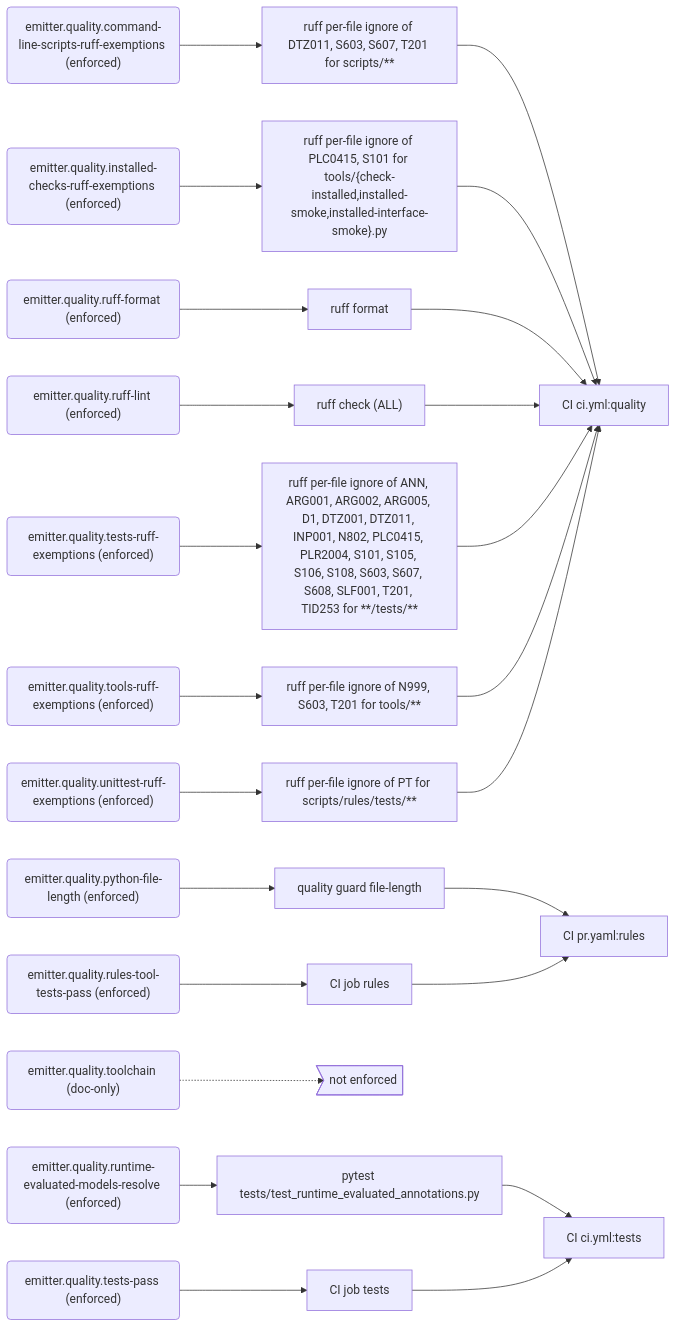
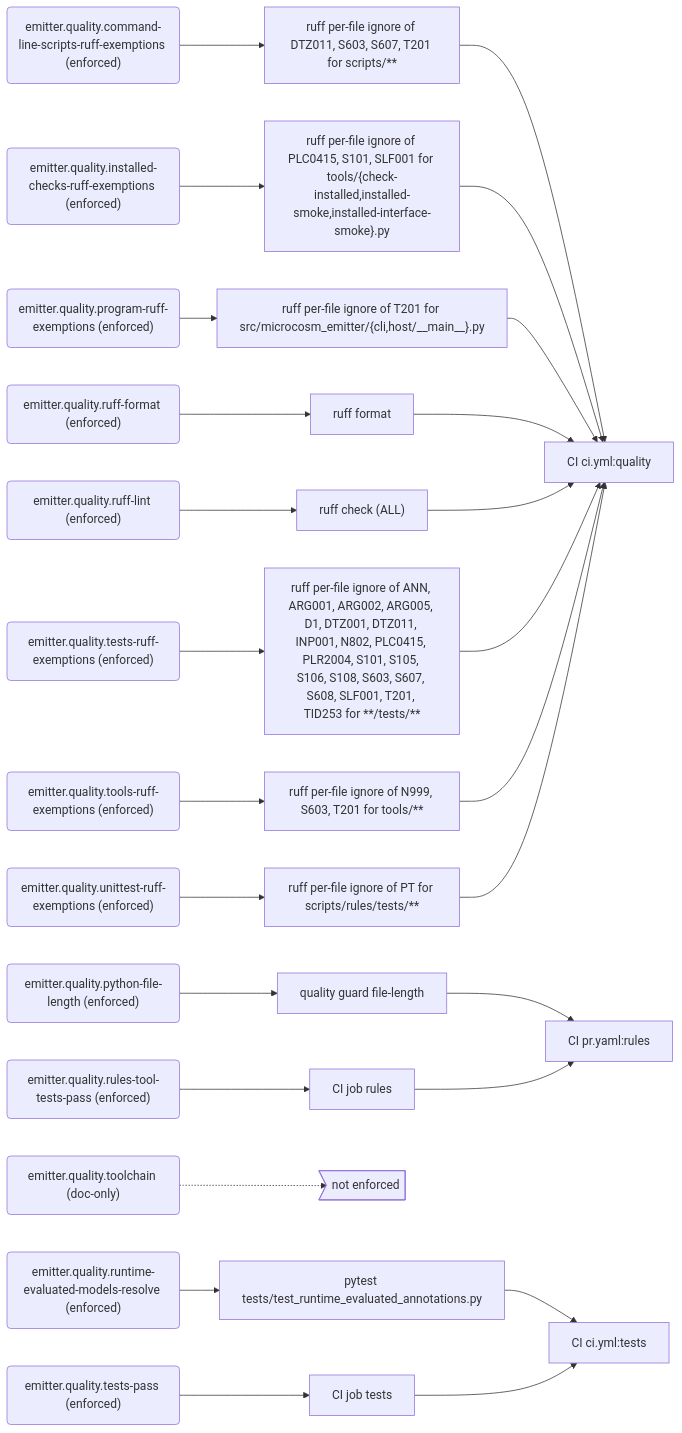
One commit to PolicyEngine/local-services changed the sixth of 9 diagrams in docs/generated/rules.md. Above: the diagram before and after it, drawn with Mermaid. The commit also changed other lines of this file and 39 other files, not shown here.

````diff
--- a/docs/generated/rules.md
+++ b/docs/generated/rules.md
@@ -251,53 +252,57 @@
 ```mermaid
 flowchart LR
   r_emitter_quality_command_line_scripts_ruff_exemptions("emitter.quality.command-line-scripts-ruff-exemptions (enforced)")
   e_ruff_per_file_ignore_of_DTZ011__S603__S607__T201_for_scripts___["ruff per-file ignore of DTZ011, S603, S607, T201 for scripts/**"]
   j_CI_ci_yml_quality["CI ci.yml:quality"]
   r_emitter_quality_installed_checks_ruff_exemptions("emitter.quality.installed-checks-ruff-exemptions (enforced)")
-  e_ruff_per_file_ignore_of_PLC0415__S101_for_tools__check_installed_installed_smoke_installed_interface_smoke__py["ruff per-file ignore of PLC0415, S101 for tools/{check-installed,installed-smoke,installed-interface-smoke}.py"]
+  e_ruff_per_file_ignore_of_PLC0415__S101__SLF001_for_tools__check_installed_installed_smoke_installed_interface_smoke__py["ruff per-file ignore of PLC0415, S101, SLF001 for tools/{check-installed,installed-smoke,installed-interface-smoke}.py"]
+  r_emitter_quality_program_ruff_exemptions("emitter.quality.program-ruff-exemptions (enforced)")
+  e_ruff_per_file_ignore_of_T201_for_src_microcosm_emitter__cli_host___main____py["ruff per-file ignore of T201 for src/microcosm_emitter/{cli,host/__main__}.py"]
   r_emitter_quality_python_file_length("emitter.quality.python-file-length (enforced)")
   e_quality_guard_file_length["quality guard file-length"]
   j_CI_pr_yaml_rules["CI pr.yaml:rules"]
   r_emitter_quality_ruff_format("emitter.quality.ruff-format (enforced)")
   e_ruff_format["ruff format"]
   r_emitter_quality_ruff_lint("emitter.quality.ruff-lint (enforced)")
   e_ruff_check__ALL_["ruff check (ALL)"]
   r_emitter_quality_rules_tool_tests_pass("emitter.quality.rules-tool-tests-pass (enforced)")
   e_CI_job_rules["CI job rules"]
   r_emitter_quality_runtime_evaluated_models_resolve("emitter.quality.runtime-evaluated-models-resolve (enforced)")
   e_pytest_tests_test_runtime_evaluated_annotations_py["pytest tests/test_runtime_evaluated_annotations.py"]
   j_CI_ci_yml_tests["CI ci.yml:tests"]
   r_emitter_quality_tests_pass("emitter.quality.tests-pass (enforced)")
   e_CI_job_tests["CI job tests"]
   r_emitter_quality_tests_ruff_exemptions("emitter.quality.tests-ruff-exemptions (enforced)")
   e_ruff_per_file_ignore_of_ANN__ARG001__ARG002__ARG005__D1__DTZ001__DTZ011__INP001__N802__PLC0415__PLR2004__S101__S105__S106__S108__S603__S607__S608__SLF001__T201__TID253_for____tests___["ruff per-file ignore of ANN, ARG001, ARG002, ARG005, D1, DTZ001, DTZ011, INP001, N802, PLC0415, PLR2004, S101, S105, S106, S108, S603, S607, S608, SLF001, T201, TID253 for **/tests/**"]
   r_emitter_quality_toolchain("emitter.quality.toolchain (doc-only)")
   gap_unenforced>"not enforced"]
   r_emitter_quality_tools_ruff_exemptions("emitter.quality.tools-ruff-exemptions (enforced)")
   e_ruff_per_file_ignore_of_N999__S603__T201_for_tools___["ruff per-file ignore of N999, S603, T201 for tools/**"]
   r_emitter_quality_unittest_ruff_exemptions("emitter.quality.unittest-ruff-exemptions (enforced)")
   e_ruff_per_file_ignore_of_PT_for_scripts_rules_tests___["ruff per-file ignore of PT for scripts/rules/tests/**"]
   r_emitter_quality_command_line_scripts_ruff_exemptions --> e_ruff_per_file_ignore_of_DTZ011__S603__S607__T201_for_scripts___
   e_ruff_per_file_ignore_of_DTZ011__S603__S607__T201_for_scripts___ --> j_CI_ci_yml_quality
-  r_emitter_quality_installed_checks_ruff_exemptions --> e_ruff_per_file_ignore_of_PLC0415__S101_for_tools__check_installed_installed_smoke_installed_interface_smoke__py
-  e_ruff_per_file_ignore_of_PLC0415__S101_for_tools__check_installed_installed_smoke_installed_interface_smoke__py --> j_CI_ci_yml_quality
+  r_emitter_quality_installed_checks_ruff_exemptions --> e_ruff_per_file_ignore_of_PLC0415__S101__SLF001_for_tools__check_installed_installed_smoke_installed_interface_smoke__py
+  e_ruff_per_file_ignore_of_PLC0415__S101__SLF001_for_tools__check_installed_installed_smoke_installed_interface_smoke__py --> j_CI_ci_yml_quality
+  r_emitter_quality_program_ruff_exemptions --> e_ruff_per_file_ignore_of_T201_for_src_microcosm_emitter__cli_host___main____py
+  e_ruff_per_file_ignore_of_T201_for_src_microcosm_emitter__cli_host___main____py --> j_CI_ci_yml_quality
   r_emitter_quality_python_file_length --> e_quality_guard_file_length
   e_quality_guard_file_length --> j_CI_pr_yaml_rules
   r_emitter_quality_ruff_format --> e_ruff_format
   e_ruff_format --> j_CI_ci_yml_quality
   r_emitter_quality_ruff_lint --> e_ruff_check__ALL_
   e_ruff_check__ALL_ --> j_CI_ci_yml_quality
   r_emitter_quality_rules_tool_tests_pass --> e_CI_job_rules
   e_CI_job_rules --> j_CI_pr_yaml_rules
   r_emitter_quality_runtime_evaluated_models_resolve --> e_pytest_tests_test_runtime_evaluated_annotations_py
   e_pytest_tests_test_runtime_evaluated_annotations_py --> j_CI_ci_yml_tests
   r_emitter_quality_tests_pass --> e_CI_job_tests
   e_CI_job_tests --> j_CI_ci_yml_tests
   r_emitter_quality_tests_ruff_exemptions --> e_ruff_per_file_ignore_of_ANN__ARG001__ARG002__ARG005__D1__DTZ001__DTZ011__INP001__N802__PLC0415__PLR2004__S101__S105__S106__S108__S603__S607__S608__SLF001__T201__TID253_for____tests___
   e_ruff_per_file_ignore_of_ANN__ARG001__ARG002__ARG005__D1__DTZ001__DTZ011__INP001__N802__PLC0415__PLR2004__S101__S105__S106__S108__S603__S607__S608__SLF001__T201__TID253_for____tests___ --> j_CI_ci_yml_quality
   r_emitter_quality_toolchain -.-> gap_unenforced
   r_emitter_quality_tools_ruff_exemptions --> e_ruff_per_file_ignore_of_N999__S603__T201_for_tools___
   e_ruff_per_file_ignore_of_N999__S603__T201_for_tools___ --> j_CI_ci_yml_quality
   r_emitter_quality_unittest_ruff_exemptions --> e_ruff_per_file_ignore_of_PT_for_scripts_rules_tests___
   e_ruff_per_file_ignore_of_PT_for_scripts_rules_tests___ --> j_CI_ci_yml_quality
 ```
````
